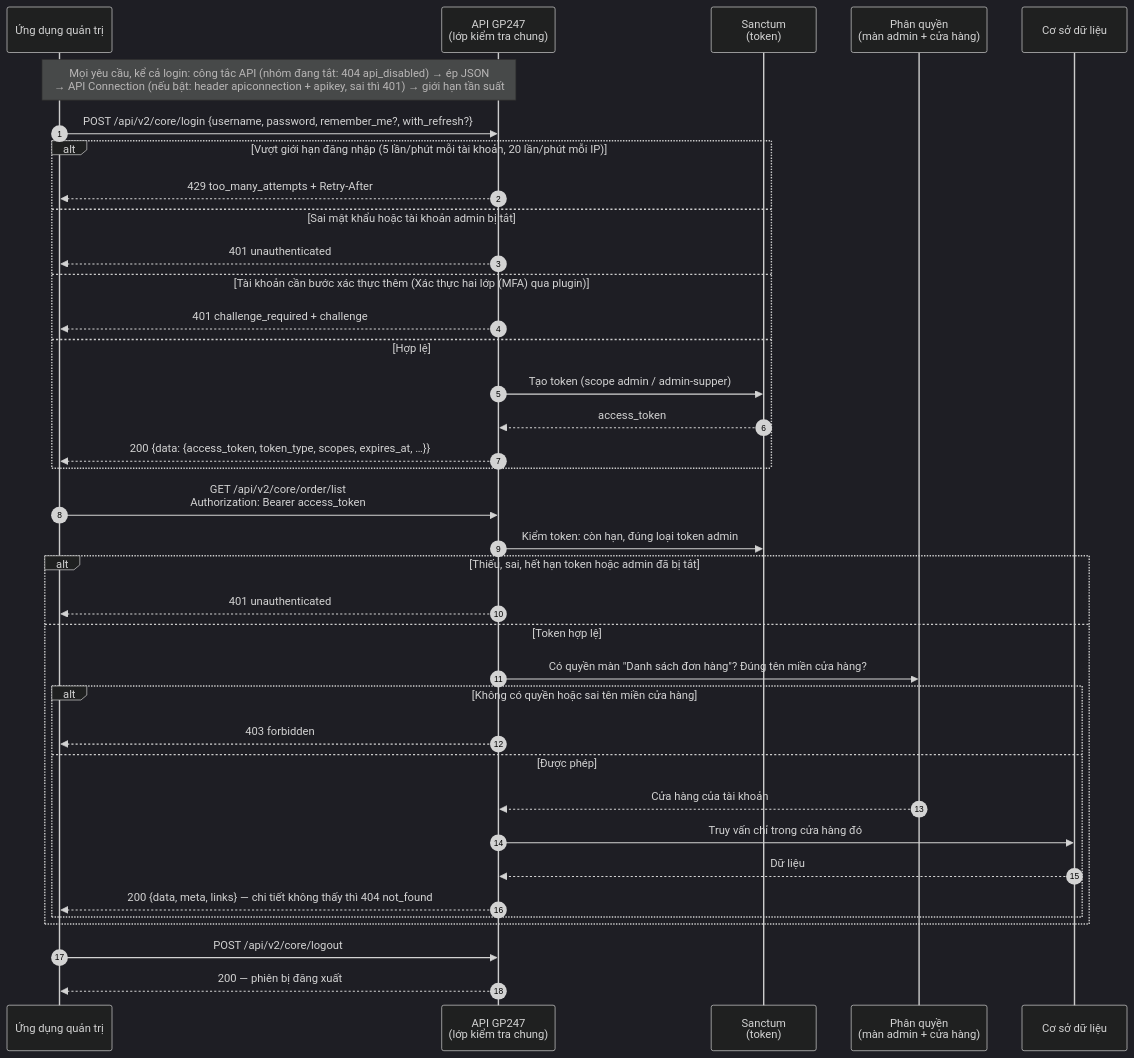
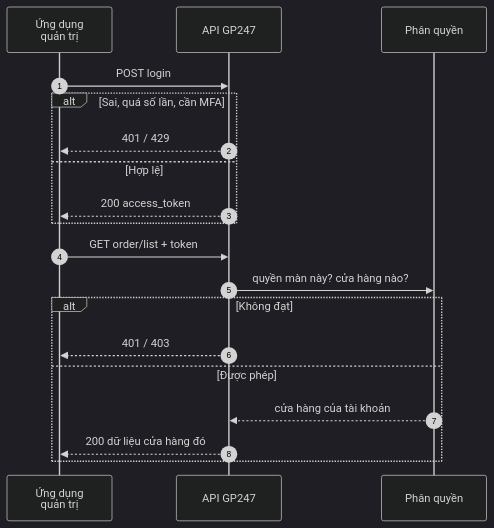
One commit to gp247net/gp247-docs changed the first of 2 diagrams in api/api-admin_vi.md. Above: the diagram before and after it, drawn with Mermaid (dark theme). The commit also changed other lines of this file and 44 other files, not shown here.

First line of the commit message:
docs: redraw oversized diagrams in security, API and MCP docs (vi/en/ja)

````diff
--- a/api/api-admin_vi.md
+++ b/api/api-admin_vi.md
@@ -17,39 +19,21 @@
 ```mermaid
 sequenceDiagram
     autonumber
-    participant A as Ứng dụng quản trị
-    participant M as API GP247<br/>(lớp kiểm tra chung)
-    participant S as Sanctum<br/>(token)
-    participant Q as Phân quyền<br/>(màn admin + cửa hàng)
-    participant D as Cơ sở dữ liệu
-    Note over A,M: Mọi yêu cầu, kể cả login: công tắc API (nhóm đang tắt: 404 api_disabled) → ép JSON<br/>→ API Connection (nếu bật: header apiconnection + apikey, sai thì 401) → giới hạn tần suất
-    A->>M: POST /api/v2/core/login {username, password, remember_me?, with_refresh?}
-    alt Vượt giới hạn đăng nhập (5 lần/phút mỗi tài khoản, 20 lần/phút mỗi IP)
-        M-->>A: 429 too_many_attempts + Retry-After
-    else Sai mật khẩu hoặc tài khoản admin bị tắt
-        M-->>A: 401 unauthenticated
-    else Tài khoản cần bước xác thực thêm (Xác thực hai lớp (MFA) qua plugin)
-        M-->>A: 401 challenge_required + challenge
+    participant A as Ứng dụng<br/>quản trị
+    participant M as API GP247
+    participant Q as Phân quyền
+    A->>M: POST login
+    alt Sai, quá số lần, cần MFA
+        M-->>A: 401 / 429
     else Hợp lệ
-        M->>S: Tạo token (scope admin / admin-supper)
-        S-->>M: access_token
-        M-->>A: 200 {data: {access_token, token_type, scopes, expires_at, …}}
+        M-->>A: 200 access_token
     end
-    A->>M: GET /api/v2/core/order/list<br/>Authorization: Bearer access_token
-    M->>S: Kiểm token: còn hạn, đúng loại token admin
-    alt Thiếu, sai, hết hạn token hoặc admin đã bị tắt
-        M-->>A: 401 unauthenticated
-    else Token hợp lệ
-        M->>Q: Có quyền màn "Danh sách đơn hàng"? Đúng tên miền cửa hàng?
-        alt Không có quyền hoặc sai tên miền cửa hàng
-            M-->>A: 403 forbidden
-        else Được phép
-            Q-->>M: Cửa hàng của tài khoản
-            M->>D: Truy vấn chỉ trong cửa hàng đó
-            D-->>M: Dữ liệu
-            M-->>A: 200 {data, meta, links} — chi tiết không thấy thì 404 not_found
-        end
+    A->>M: GET order/list + token
+    M->>Q: quyền màn này? cửa hàng nào?
+    alt Không đạt
+        M-->>A: 401 / 403
+    else Được phép
+        Q-->>M: cửa hàng của tài khoản
+        M-->>A: 200 dữ liệu cửa hàng đó
     end
-    A->>M: POST /api/v2/core/logout
-    M-->>A: 200 — phiên bị đăng xuất
 ```
````
